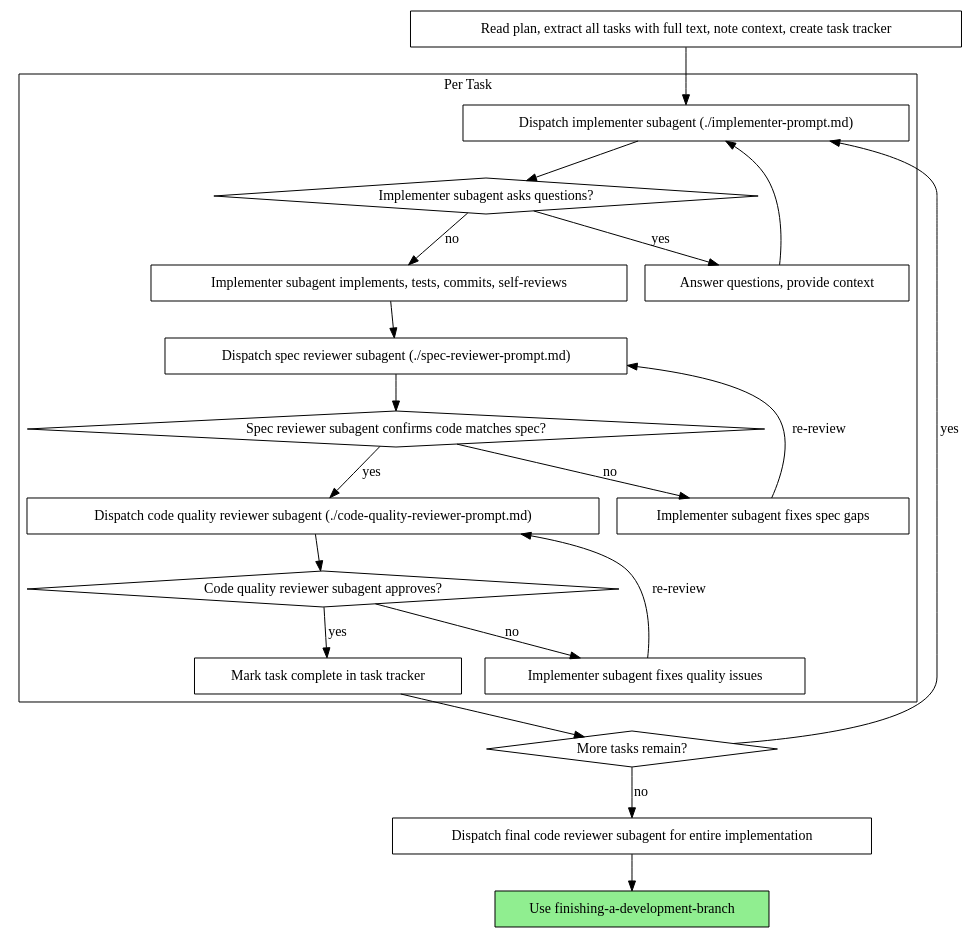
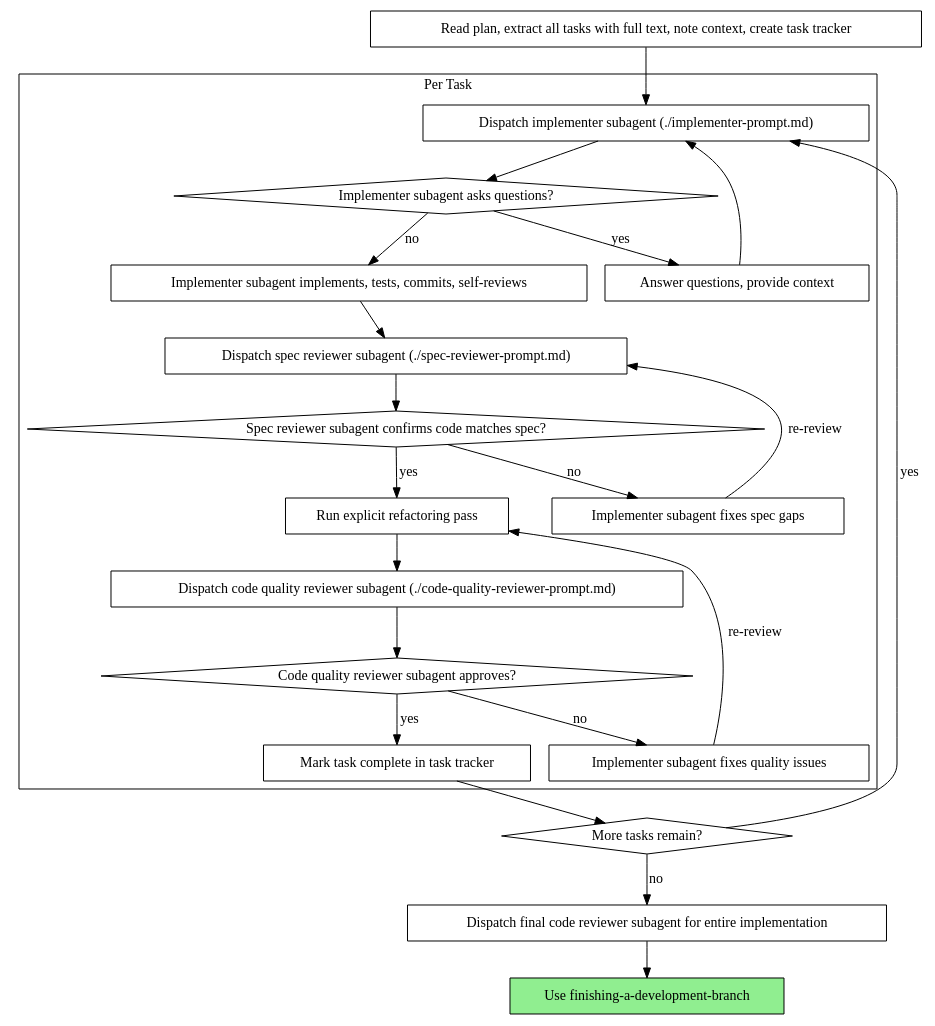
The second of 2 diagrams in skills/subagent-driven-development/SKILL.md (fcarucci/daneel), drawn with Graphviz before and after one commit. The commit also changed other lines of this file, not shown here.

Commit message:
docs: require refactoring pass in subagent workflow

````diff
--- a/skills/subagent-driven-development/SKILL.md
+++ b/skills/subagent-driven-development/SKILL.md
@@ -42,44 +42,46 @@
 ```dot
 digraph process {
     rankdir=TB;
 
     subgraph cluster_per_task {
         label="Per Task";
         "Dispatch implementer subagent (./implementer-prompt.md)" [shape=box];
         "Implementer subagent asks questions?" [shape=diamond];
         "Answer questions, provide context" [shape=box];
         "Implementer subagent implements, tests, commits, self-reviews" [shape=box];
         "Dispatch spec reviewer subagent (./spec-reviewer-prompt.md)" [shape=box];
         "Spec reviewer subagent confirms code matches spec?" [shape=diamond];
         "Implementer subagent fixes spec gaps" [shape=box];
+        "Run explicit refactoring pass" [shape=box];
         "Dispatch code quality reviewer subagent (./code-quality-reviewer-prompt.md)" [shape=box];
         "Code quality reviewer subagent approves?" [shape=diamond];
         "Implementer subagent fixes quality issues" [shape=box];
         "Mark task complete in task tracker" [shape=box];
     }
 
     "Read plan, extract all tasks with full text, note context, create task tracker" [shape=box];
     "More tasks remain?" [shape=diamond];
     "Dispatch final code reviewer subagent for entire implementation" [shape=box];
     "Use finishing-a-development-branch" [shape=box style=filled fillcolor=lightgreen];
 
     "Read plan, extract all tasks with full text, note context, create task tracker" -> "Dispatch implementer subagent (./implementer-prompt.md)";
     "Dispatch implementer subagent (./implementer-prompt.md)" -> "Implementer subagent asks questions?";
     "Implementer subagent asks questions?" -> "Answer questions, provide context" [label="yes"];
     "Answer questions, provide context" -> "Dispatch implementer subagent (./implementer-prompt.md)";
     "Implementer subagent asks questions?" -> "Implementer subagent implements, tests, commits, self-reviews" [label="no"];
     "Implementer subagent implements, tests, commits, self-reviews" -> "Dispatch spec reviewer subagent (./spec-reviewer-prompt.md)";
     "Dispatch spec reviewer subagent (./spec-reviewer-prompt.md)" -> "Spec reviewer subagent confirms code matches spec?";
     "Spec reviewer subagent confirms code matches spec?" -> "Implementer subagent fixes spec gaps" [label="no"];
     "Implementer subagent fixes spec gaps" -> "Dispatch spec reviewer subagent (./spec-reviewer-prompt.md)" [label="re-review"];
-    "Spec reviewer subagent confirms code matches spec?" -> "Dispatch code quality reviewer subagent (./code-quality-reviewer-prompt.md)" [label="yes"];
+    "Spec reviewer subagent confirms code matches spec?" -> "Run explicit refactoring pass" [label="yes"];
+    "Run explicit refactoring pass" -> "Dispatch code quality reviewer subagent (./code-quality-reviewer-prompt.md)";
     "Dispatch code quality reviewer subagent (./code-quality-reviewer-prompt.md)" -> "Code quality reviewer subagent approves?";
     "Code quality reviewer subagent approves?" -> "Implementer subagent fixes quality issues" [label="no"];
-    "Implementer subagent fixes quality issues" -> "Dispatch code quality reviewer subagent (./code-quality-reviewer-prompt.md)" [label="re-review"];
+    "Implementer subagent fixes quality issues" -> "Run explicit refactoring pass" [label="re-review"];
     "Code quality reviewer subagent approves?" -> "Mark task complete in task tracker" [label="yes"];
     "Mark task complete in task tracker" -> "More tasks remain?";
     "More tasks remain?" -> "Dispatch implementer subagent (./implementer-prompt.md)" [label="yes"];
     "More tasks remain?" -> "Dispatch final code reviewer subagent for entire implementation" [label="no"];
     "Dispatch final code reviewer subagent for entire implementation" -> "Use finishing-a-development-branch";
 }
 ```
````
